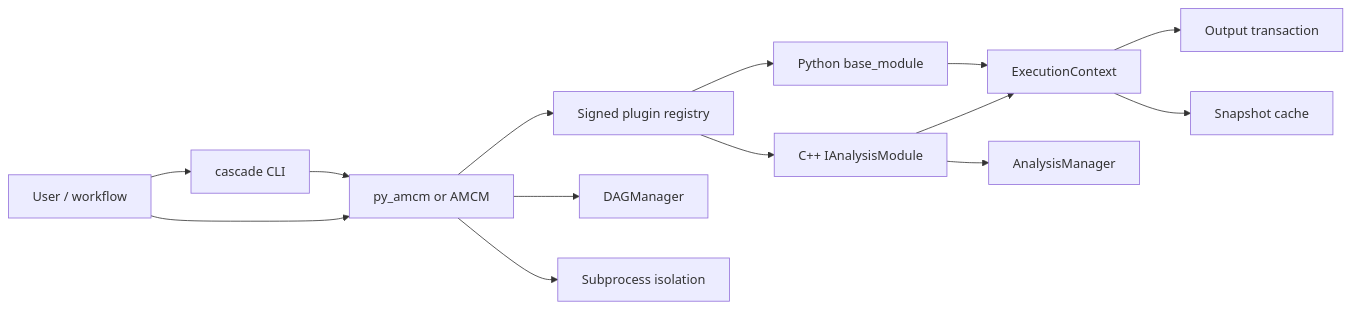
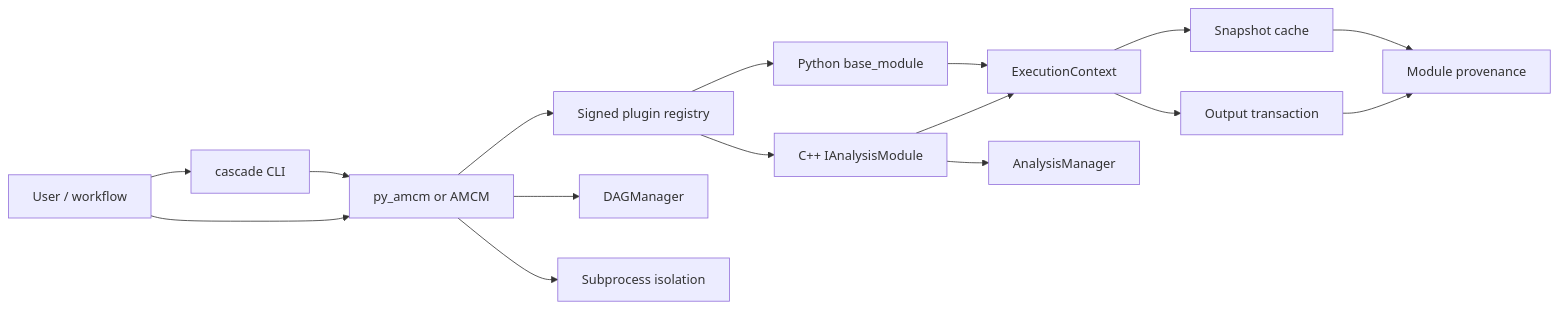
Before and after one commit to hlee-hep/cascade: the diagram in docs/architecture.md, drawn with Mermaid. The commit also changed other lines of this file and 35 other files, not shown here.

````diff
--- a/docs/architecture.md
+++ b/docs/architecture.md
@@ -5,16 +5,18 @@
 ```mermaid
 flowchart LR
     U["User / workflow"] --> Q["cascade CLI"]
     U --> C["py_amcm or AMCM"]
     Q --> C
     C --> R["Signed plugin registry"]
     R --> M["C++ IAnalysisModule"]
     R --> P["Python base_module"]
     M --> X["ExecutionContext"]
     P --> X
     X --> O["Output transaction"]
     X --> K["Snapshot cache"]
+    O --> V["Module provenance"]
+    K --> V
     M --> A["AnalysisManager"]
     C --> D["DAGManager"]
     C --> I["Subprocess isolation"]
 ```
````
